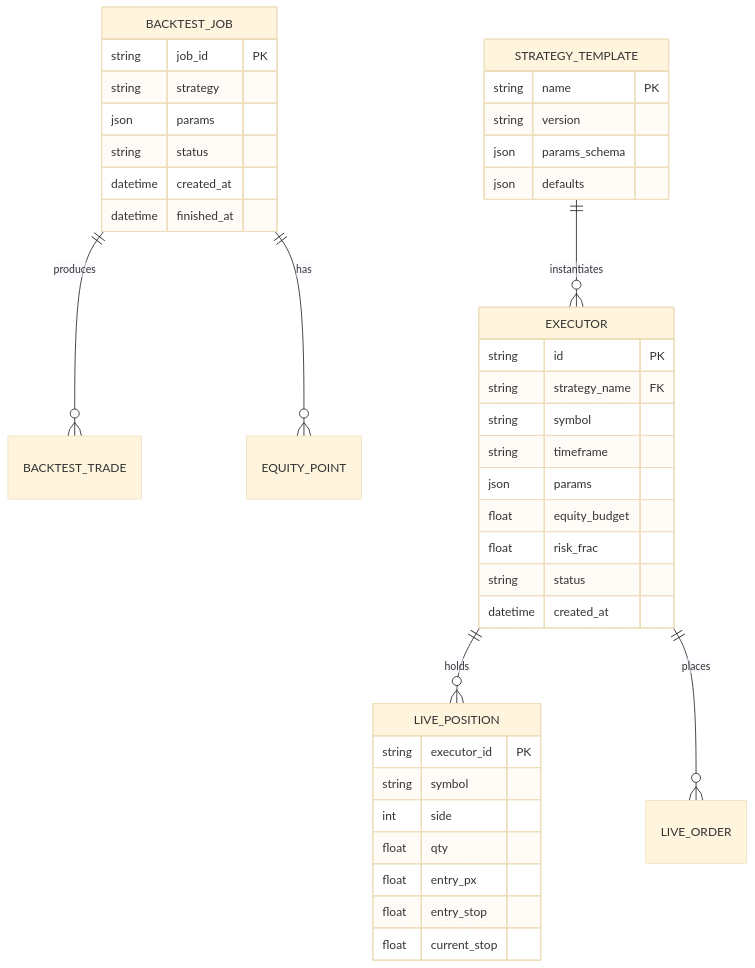
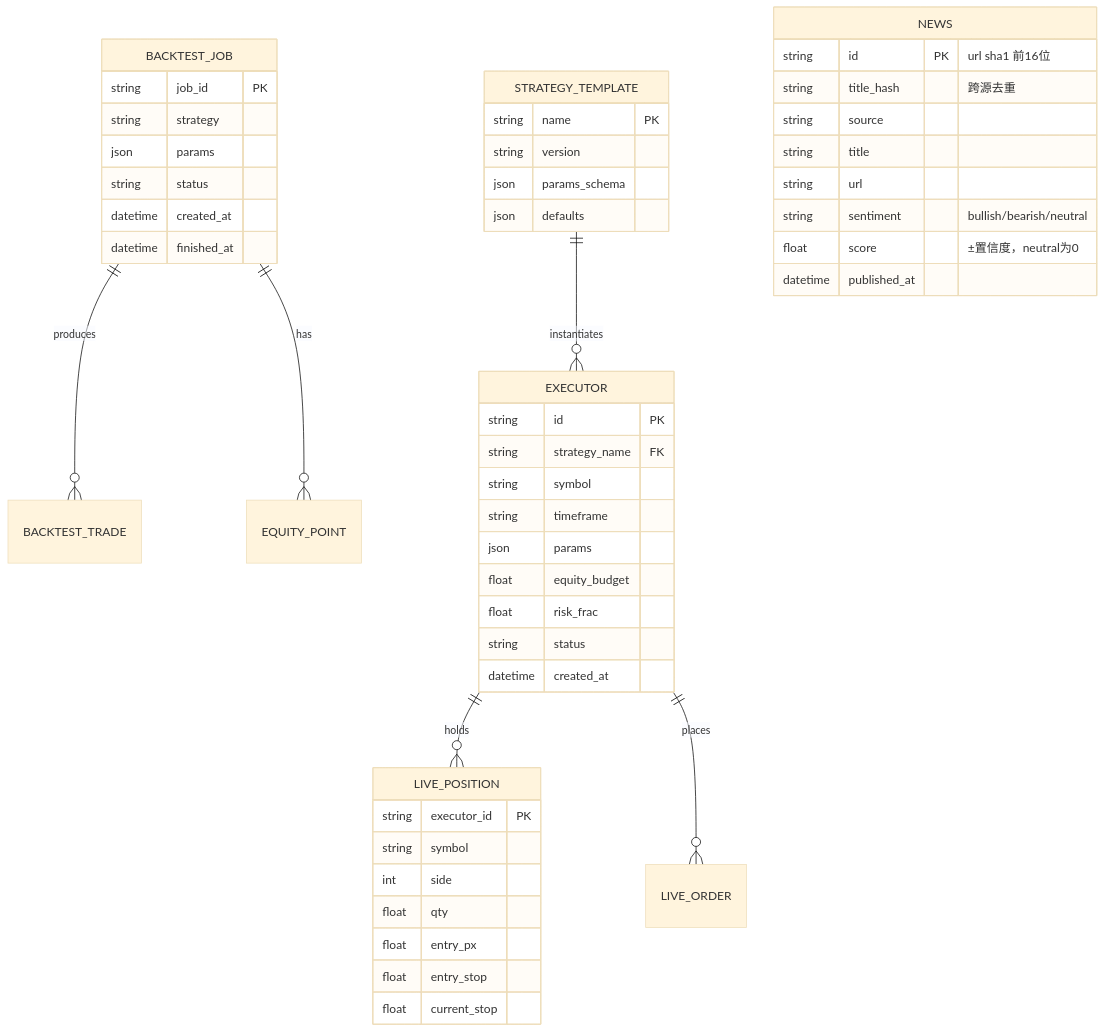
Before and after one commit to shiyinhongsama/reanchor: the fifth of 5 diagrams in docs/technical-design.md, drawn with Mermaid (base theme). The commit also changed other lines of this file and 3 other files, not shown here.

Commit message:
docs: 同步README/AGENTS/技术设计——大盘总览、新闻情绪、定投、成本敏感性、走步验证等一期成果与路线图

````diff
--- a/docs/technical-design.md
+++ b/docs/technical-design.md
@@ -245,43 +245,53 @@
 ```mermaid
 erDiagram
     BACKTEST_JOB ||--o{ BACKTEST_TRADE : produces
     BACKTEST_JOB ||--o{ EQUITY_POINT : has
     EXECUTOR ||--o{ LIVE_POSITION : holds
     EXECUTOR ||--o{ LIVE_ORDER : places
     STRATEGY_TEMPLATE ||--o{ EXECUTOR : instantiates
 
     STRATEGY_TEMPLATE {
         string name PK
         string version
         json params_schema
         json defaults
     }
     EXECUTOR {
         string id PK
         string strategy_name FK
         string symbol
         string timeframe
         json params
         float equity_budget
         float risk_frac
         string status
         datetime created_at
     }
     BACKTEST_JOB {
         string job_id PK
         string strategy
         json params
         string status
         datetime created_at
         datetime finished_at
     }
     LIVE_POSITION {
         string executor_id PK
         string symbol
         int side
         float qty
         float entry_px
         float entry_stop
         float current_stop
     }
+    NEWS {
+        string id PK "url sha1 前16位"
+        string title_hash "跨源去重"
+        string source
+        string title
+        string url
+        string sentiment "bullish/bearish/neutral"
+        float score "±置信度，neutral为0"
+        datetime published_at
+    }
 ```
````
